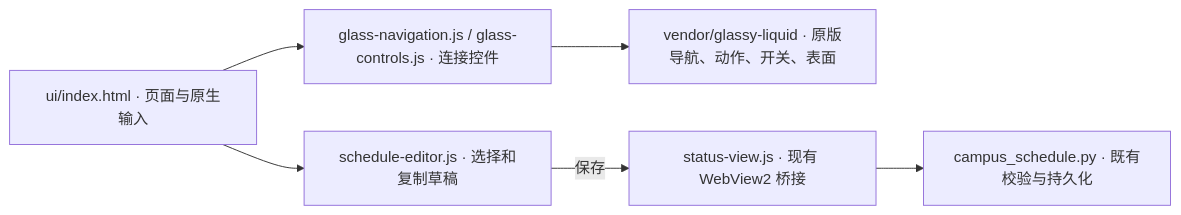
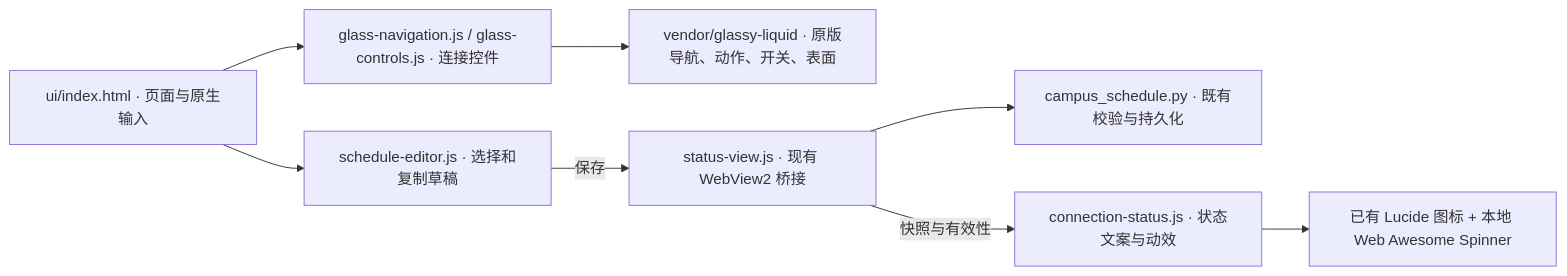
The second of 2 diagrams in docs/DEVELOPMENT.md (WHaoxM/campus-network-guardian), drawn with Mermaid before and after one commit. The commit also changed other lines of this file and 12 other files, not shown here.

````diff
--- a/docs/DEVELOPMENT.md
+++ b/docs/DEVELOPMENT.md
@@ -51,8 +53,10 @@
 ```mermaid
 flowchart LR
   A["ui/index.html · 页面与原生输入"] --> B["glass-navigation.js / glass-controls.js · 连接控件"]
   B --> V["vendor/glassy-liquid · 原版导航、动作、开关、表面"]
   A --> C["schedule-editor.js · 选择和复制草稿"]
   C -- 保存 --> D["status-view.js · 现有 WebView2 桥接"]
   D --> E["campus_schedule.py · 既有校验与持久化"]
+  D -- 快照与有效性 --> S["connection-status.js · 状态文案与动效"]
+  S --> W["已有 Lucide 图标 + 本地 Web Awesome Spinner"]
 ```
````
